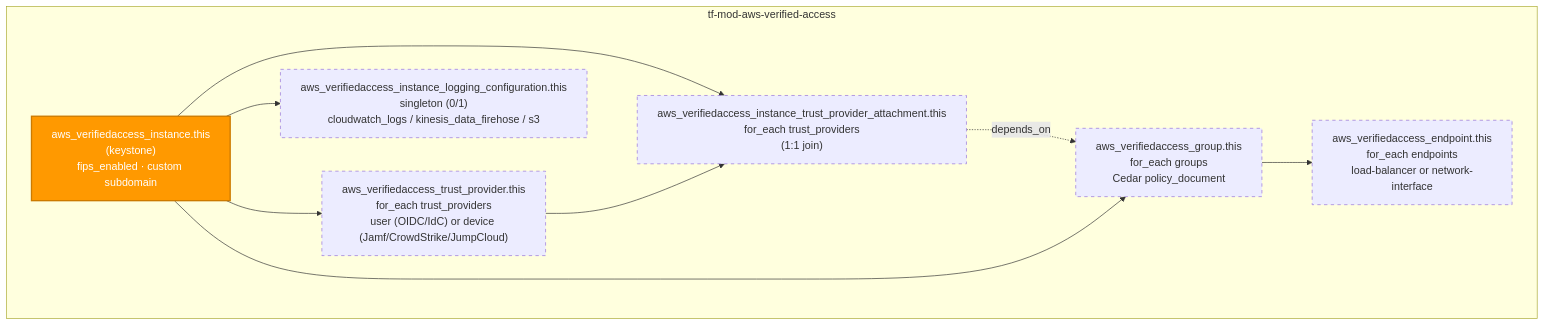
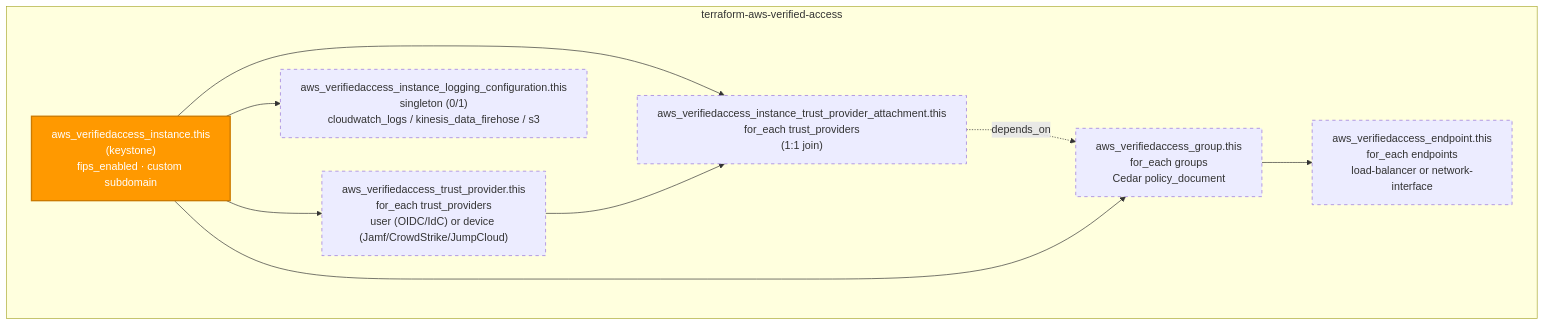
One commit to microsoftexpert/terraform-aws-verified-access changed the second of 2 diagrams in README.md. Above: the diagram before and after it, drawn with Mermaid. The commit also changed other lines of this file and 5 other files, not shown here.

````diff
--- a/README.md
+++ b/README.md
@@ -74,26 +74,26 @@
 ```mermaid
 flowchart TD
- subgraph mod["tf-mod-aws-verified-access"]
+ subgraph mod["terraform-aws-verified-access"]
  inst["aws_verifiedaccess_instance.this<br/>(keystone)<br/>fips_enabled · custom subdomain"]
  tp["aws_verifiedaccess_trust_provider.this<br/>for_each trust_providers<br/>user (OIDC/IdC) or device (Jamf/CrowdStrike/JumpCloud)"]
  att["aws_verifiedaccess_instance_trust_provider_attachment.this<br/>for_each trust_providers<br/>(1:1 join)"]
  grp["aws_verifiedaccess_group.this<br/>for_each groups<br/>Cedar policy_document"]
  ep["aws_verifiedaccess_endpoint.this<br/>for_each endpoints<br/>load-balancer or network-interface"]
  log["aws_verifiedaccess_instance_logging_configuration.this<br/>singleton (0/1)<br/>cloudwatch_logs / kinesis_data_firehose / s3"]
  end
 
  inst --> tp
  inst --> att
  tp --> att
  att -.->|"depends_on"| grp
  inst --> grp
  grp --> ep
  inst --> log
 
  style inst fill:#FF9900,color:#fff,stroke:#cc7a00,stroke-width:2px
  style tp stroke-dasharray: 5 5
  style att stroke-dasharray: 5 5
  style grp stroke-dasharray: 5 5
  style ep stroke-dasharray: 5 5
  style log stroke-dasharray: 5 5
 ```
````
